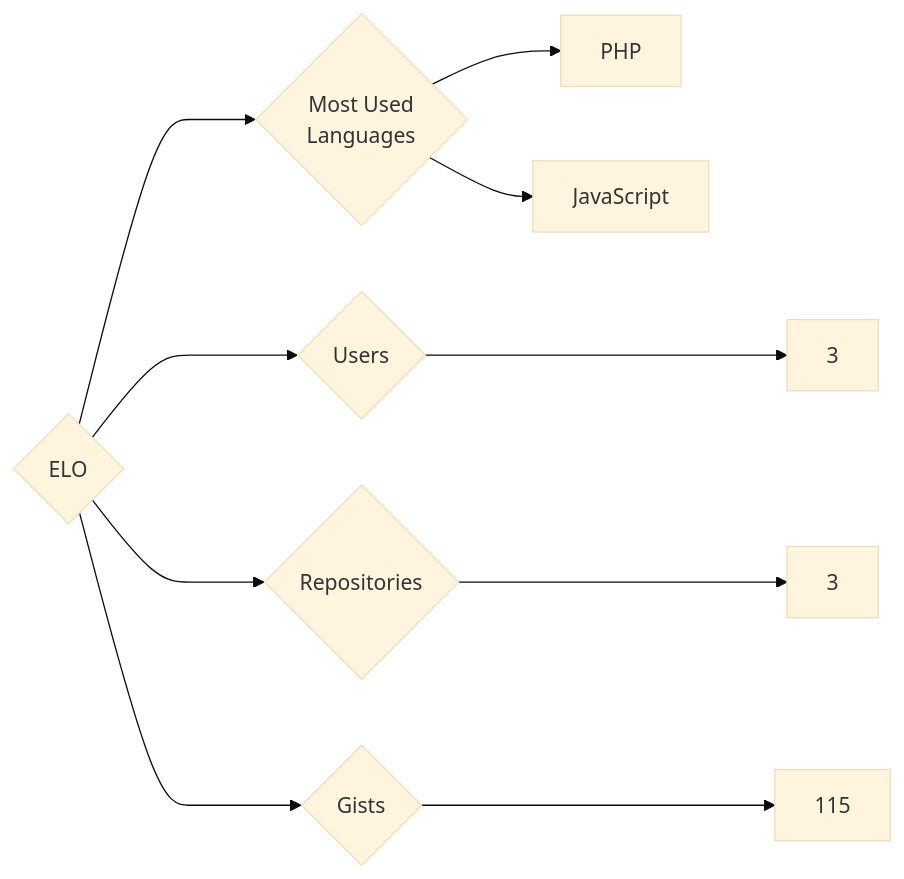
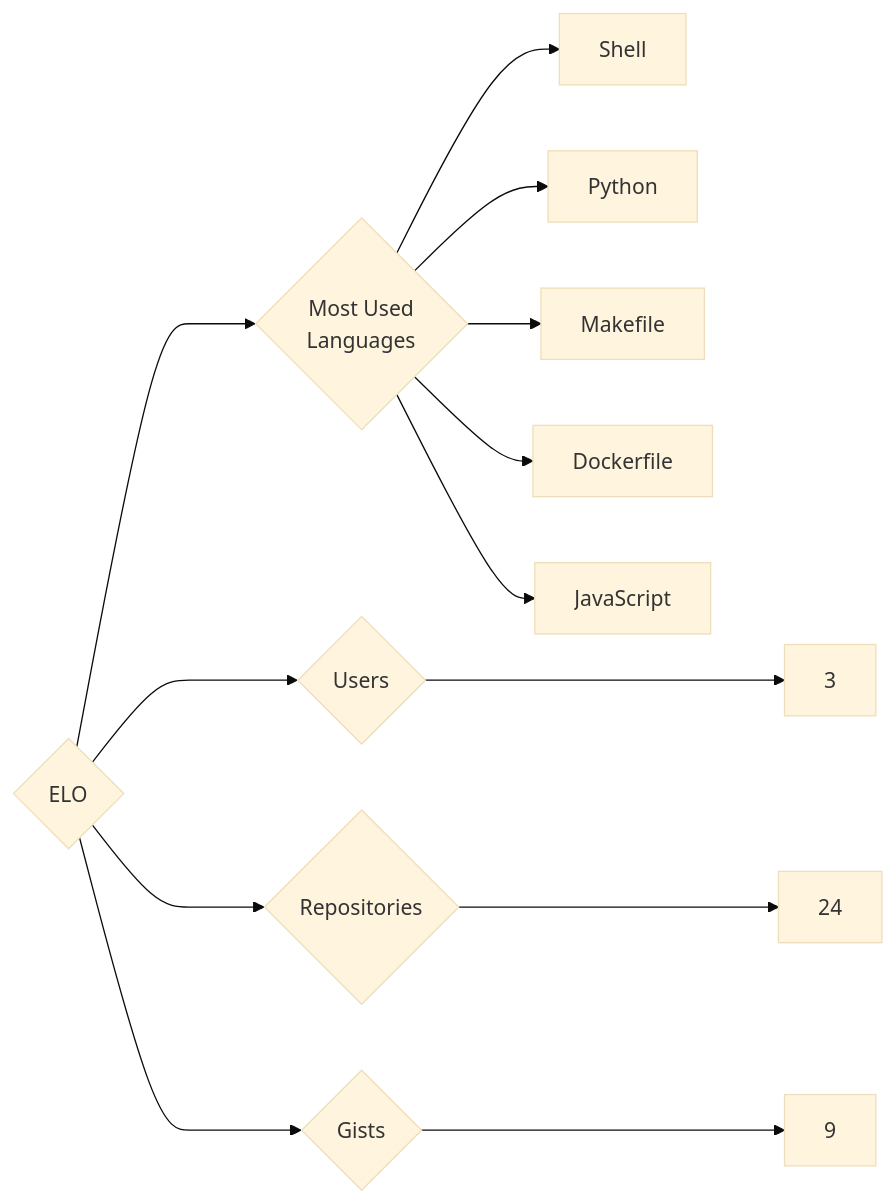
Before and after one commit to trickest/insiders: the diagram in targets/ELO/README.md, drawn with Mermaid (base theme). The commit also changed 993 other files, not shown here.

````diff
--- a/targets/ELO/README.md
+++ b/targets/ELO/README.md
@@ -3,10 +3,13 @@
 ```mermaid
 graph LR
 COMPANY_NAME{ELO}
 COMPANY_NAME ---> U{Users} ---> UN[3]
-COMPANY_NAME ---> R{Repositories} ---> RN[3]
-COMPANY_NAME ---> G{Gists} ---> GN[115]
+COMPANY_NAME ---> R{Repositories} ---> RN[24]
+COMPANY_NAME ---> G{Gists} ---> GN[9]
 COMPANY_NAME ---> ML{Most Used<br>Languages}
-ML --> PHP[PHP]
+ML --> Shell[Shell]
+ML --> Python[Python]
+ML --> Makefile[Makefile]
+ML --> Dockerfile[Dockerfile]
 ML --> JavaScript[JavaScript]
 ```
````
